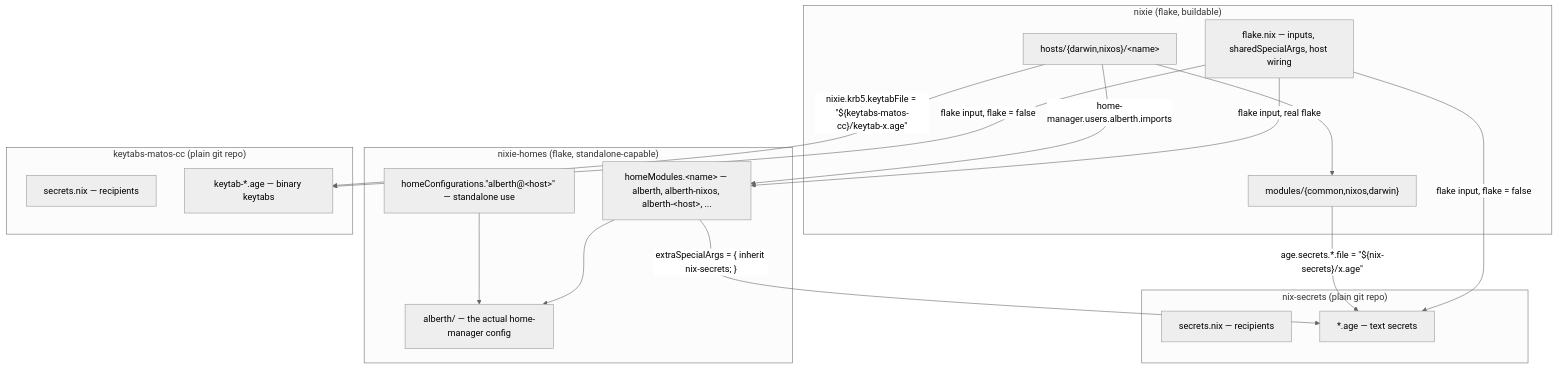
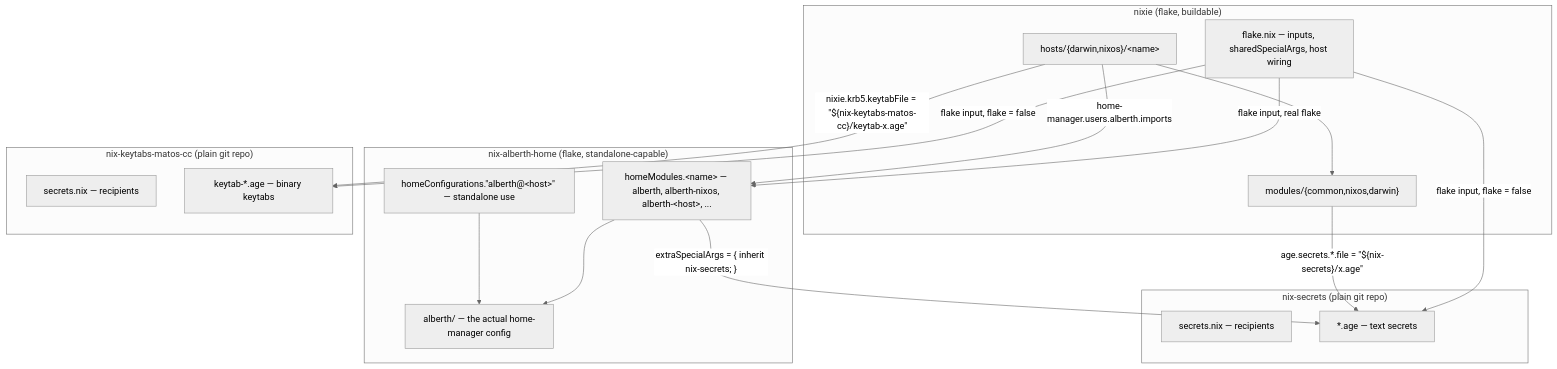
The first of 2 diagrams in ARCHITECTURE.md (amatos/nixie), drawn with Mermaid (neutral theme) before and after one commit. The commit also changed other lines of this file and 20 other files, not shown here.

First line of the commit message:
breaking: rename nixie-homes/keytabs-matos-cc flake inputs

````diff
--- a/ARCHITECTURE.md
+++ b/ARCHITECTURE.md
@@ -30,35 +30,35 @@
 ```mermaid
 flowchart TB
     subgraph nixie["nixie (flake, buildable)"]
         flakeNix["flake.nix — inputs, sharedSpecialArgs, host wiring"]
         hosts["hosts/{darwin,nixos}/&lt;name&gt;"]
         modules["modules/{common,nixos,darwin}"]
     end
 
-    subgraph nixieHomes["nixie-homes (flake, standalone-capable)"]
+    subgraph nixieHomes["nix-alberth-home (flake, standalone-capable)"]
         homeModules["homeModules.&lt;name&gt; — alberth, alberth-nixos, alberth-&lt;host&gt;, ..."]
         homeConfigs["homeConfigurations.&quot;alberth@&lt;host&gt;&quot; — standalone use"]
         alberth["alberth/ — the actual home-manager config"]
     end
 
     subgraph nixSecrets["nix-secrets (plain git repo)"]
         nsSecretsNix["secrets.nix — recipients"]
         nsAge["*.age — text secrets"]
     end
 
-    subgraph keytabs["keytabs-matos-cc (plain git repo)"]
+    subgraph keytabs["nix-keytabs-matos-cc (plain git repo)"]
         ktSecretsNix["secrets.nix — recipients"]
         ktAge["keytab-*.age — binary keytabs"]
     end
 
     flakeNix -- "flake input, flake = false" --> nsAge
     flakeNix -- "flake input, flake = false" --> ktAge
     flakeNix -- "flake input, real flake" --> homeModules
     modules -- "age.secrets.*.file = &quot;${nix-secrets}/x.age&quot;" --> nsAge
-    hosts -- "nixie.krb5.keytabFile = &quot;${keytabs-matos-cc}/keytab-x.age&quot;" --> ktAge
+    hosts -- "nixie.krb5.keytabFile = &quot;${nix-keytabs-matos-cc}/keytab-x.age&quot;" --> ktAge
     hosts -- "home-manager.users.alberth.imports" --> homeModules
     homeModules --> alberth
     homeConfigs --> alberth
     homeModules -- "extraSpecialArgs = { inherit nix-secrets; }" --> nsAge
     hosts --> modules
 ```
````
